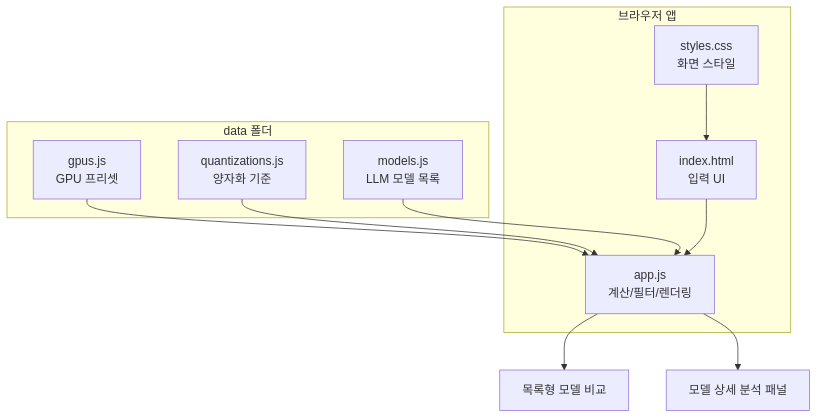
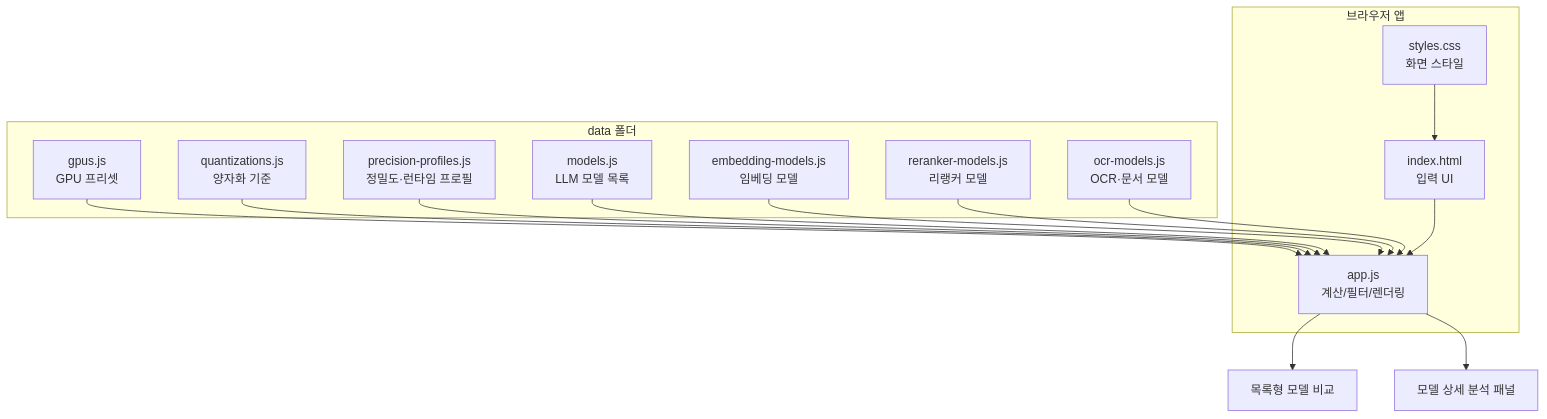
One commit to jaeseok614/llm-gpu-checker-ko changed the third of 3 diagrams in README.md. Above: the diagram before and after it, drawn with Mermaid. The commit also changed other lines of this file and 14 other files, not shown here.

````diff
--- a/README.md
+++ b/README.md
@@ -382,22 +569,30 @@
 ```mermaid
 flowchart TB
   subgraph Data[data 폴더]
     G[gpus.js<br/>GPU 프리셋]
     Q[quantizations.js<br/>양자화 기준]
+    P[precision-profiles.js<br/>정밀도·런타임 프로필]
     M[models.js<br/>LLM 모델 목록]
+    E[embedding-models.js<br/>임베딩 모델]
+    R[reranker-models.js<br/>리랭커 모델]
+    O[ocr-models.js<br/>OCR·문서 모델]
   end
 
   subgraph App[브라우저 앱]
     UI[index.html<br/>입력 UI]
     Logic[app.js<br/>계산/필터/렌더링]
     Style[styles.css<br/>화면 스타일]
   end
 
   G --> Logic
   Q --> Logic
+  P --> Logic
   M --> Logic
+  E --> Logic
+  R --> Logic
+  O --> Logic
   UI --> Logic
   Style --> UI
   Logic --> List[목록형 모델 비교]
   Logic --> Detail[모델 상세 분석 패널]
 ```
````
